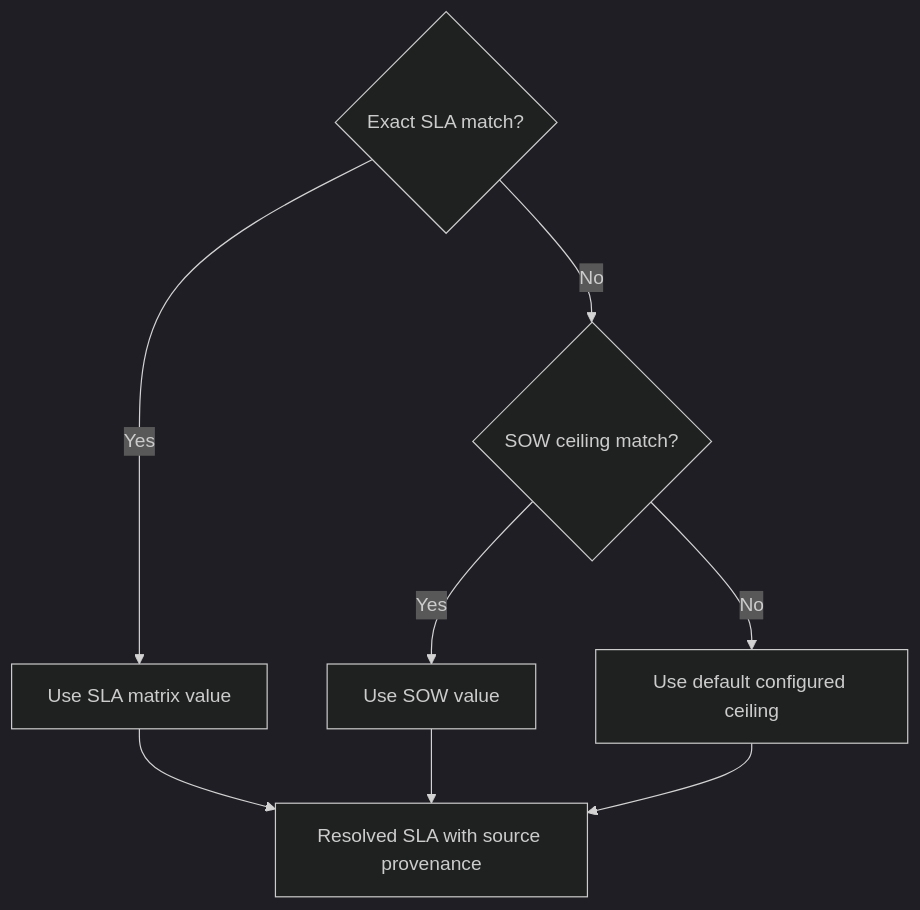
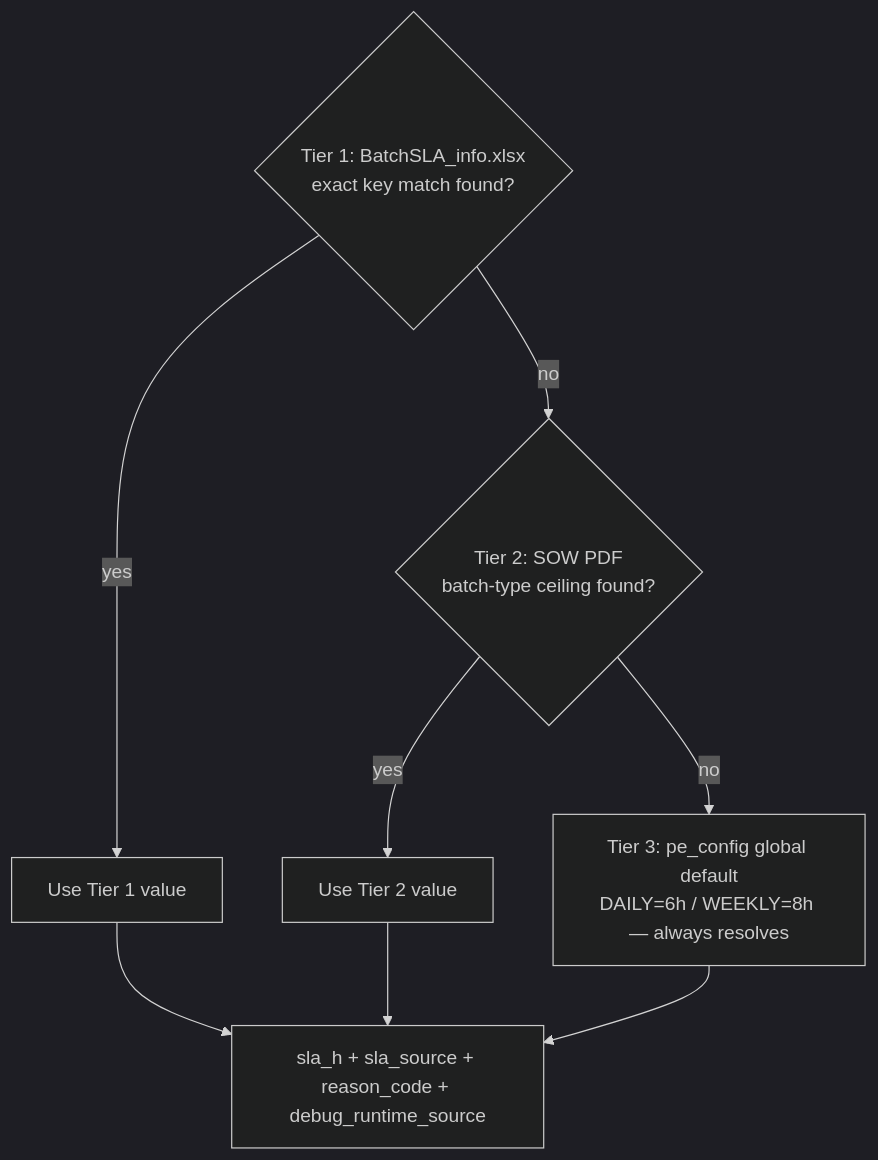
One commit to ayum321/PE_Dashboard changed the second of 9 diagrams in other/PE_Dashboard_Presentation.md. Above: the diagram before and after it, drawn with Mermaid (dark theme). The commit also changed other lines of this file, not shown here.

Commit message:
Restore diagrams/detail in PE dashboard deck; apply light trim only

````diff
--- a/other/PE_Dashboard_Presentation.md
+++ b/other/PE_Dashboard_Presentation.md
@@ -66,11 +148,11 @@
 ```mermaid
 flowchart TD
-    Q1{Exact SLA match?}
-    Q1 -->|Yes| T1[Use SLA matrix value]
-    Q1 -->|No| Q2{SOW ceiling match?}
-    Q2 -->|Yes| T2[Use SOW value]
-    Q2 -->|No| T3[Use default configured ceiling]
-    T1 --> V[Resolved SLA with source provenance]
+    Q1{Tier 1: BatchSLA_info.xlsx\nexact key match found?}
+    Q1 -->|yes| T1[Use Tier 1 value]
+    Q1 -->|no| Q2{Tier 2: SOW PDF\nbatch-type ceiling found?}
+    Q2 -->|yes| T2[Use Tier 2 value]
+    Q2 -->|no| T3[Tier 3: pe_config global default\nDAILY=6h / WEEKLY=8h — always resolves]
+    T1 --> V[sla_h + sla_source + reason_code + debug_runtime_source]
     T2 --> V
     T3 --> V
 ```
````
